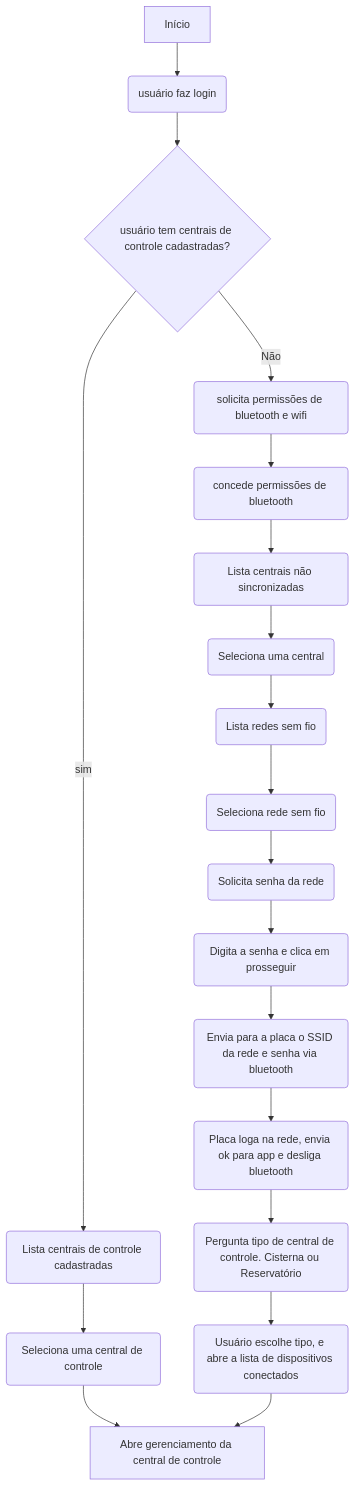
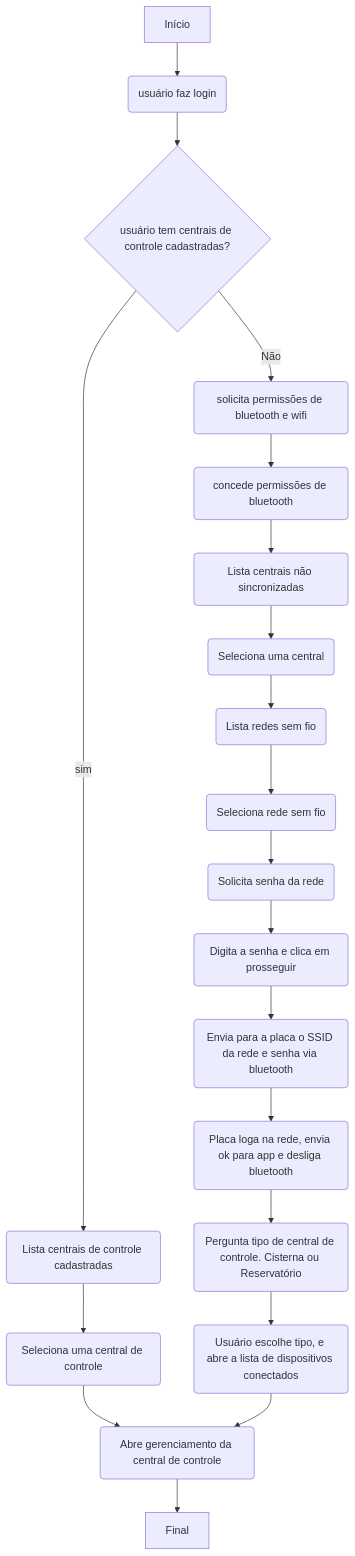
One commit to joetorres/flussen-docs changed the diagram in hardware.md. Above: the diagram before and after it, drawn with Mermaid.

Commit message:
arrumando documentação

````diff
--- a/hardware.md
+++ b/hardware.md
@@ -42,22 +42,23 @@
 ```mermaid
 flowchart TD;
     INI[Início] --> LOGIN(usuário faz login);
     LOGIN --> DECISAO{usuário tem centrais de controle cadastradas?};
     DECISAO -->|sim| CENTRAIS(Lista centrais de controle cadastradas);
     CENTRAIS --> SELECIONA_CENTRAL(Seleciona uma central de controle);
-    SELECIONA_CENTRAL --> FIM[Abre gerenciamento da central de controle];
+    SELECIONA_CENTRAL --> GERENCIAMENTO(Abre gerenciamento da central de controle);
+    GERENCIAMENTO --> FIM[Final]
     DECISAO -->|Não| PERMISSAO_B(solicita permissões de bluetooth e wifi);
     PERMISSAO_B --> PERMISSAO_BOK(concede permissões de bluetooth);
     PERMISSAO_BOK --> LISTA_CENTRAIS(Lista centrais não sincronizadas);
     LISTA_CENTRAIS --> SELECIONA_CENTRAL2(Seleciona uma central);
     SELECIONA_CENTRAL2 --> LISTA_WIFI(Lista redes sem fio);
     LISTA_WIFI --> SELECTIONA_WIFI(Seleciona rede sem fio);
     SELECTIONA_WIFI --> SENHA_WIFI(Solicita senha da rede);
     SENHA_WIFI--> SENHA_WIFI2(Digita a senha e clica em prosseguir);
     SENHA_WIFI2 --> ENVIO_WIFI(Envia para a placa o SSID da rede e senha via bluetooth);
     ENVIO_WIFI --> WIFI_OK(Placa loga na rede, envia ok para app e desliga bluetooth);
     WIFI_OK --> TIPO(Pergunta tipo de central de controle. Cisterna ou Reservatório);
     TIPO --> ESCOLHA_TIPO(Usuário escolhe tipo, e abre a lista de dispositivos conectados);
-    ESCOLHA_TIPO --> FIM;
+    ESCOLHA_TIPO --> GERENCIAMENTO;
 
 ```
````
